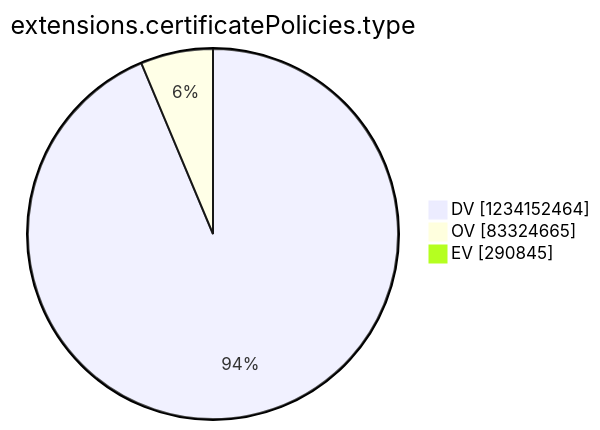
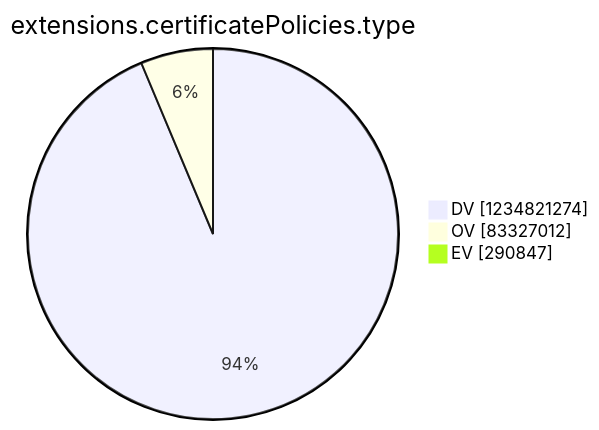
The tenth of 15 diagrams in argon2022/README.md (christiankrug/ctmonitor_visualization), drawn with Mermaid before and after one commit. The commit also changed other lines of this file, not shown here.

````diff
--- a/argon2022/README.md
+++ b/argon2022/README.md
@@ -2770,7 +2770,7 @@
 ```mermaid
 pie showData
 title extensions.certificatePolicies.type
-"DV" :1234152464
-"OV" :83324665
-"EV" :290845
+"DV" :1234821274
+"OV" :83327012
+"EV" :290847
 ```
````
